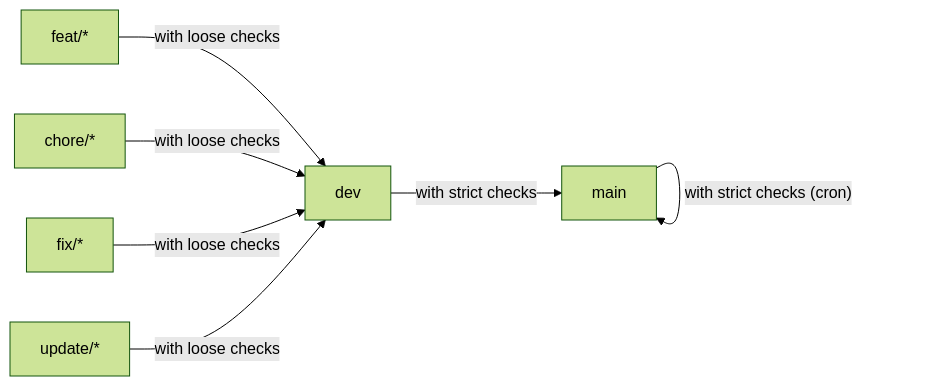
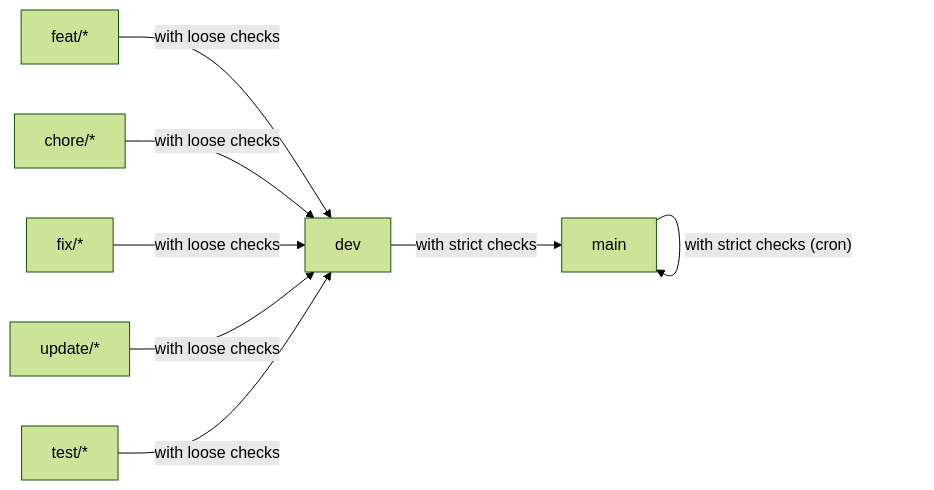
Before and after one commit to Myxogastria0808/debt-manager: the third of 3 diagrams in README.md, drawn with Mermaid (forest theme).

````diff
--- a/README.md
+++ b/README.md
@@ -225,9 +225,10 @@
 ```mermaid
 flowchart LR
     feature["feat/*"] --with loose checks--> dev["dev"]
     chore["chore/*"] --with loose checks--> dev["dev"]
     fix["fix/*"] --with loose checks--> dev["dev"]
     update["update/*"] --with loose checks--> dev["dev"]
     dev["dev"] --with strict checks--> main["main"]
+    test["test/*"] --with loose checks--> dev["dev"]
     main["main"] --with strict checks (cron)--> main["main"]
 ```
````
